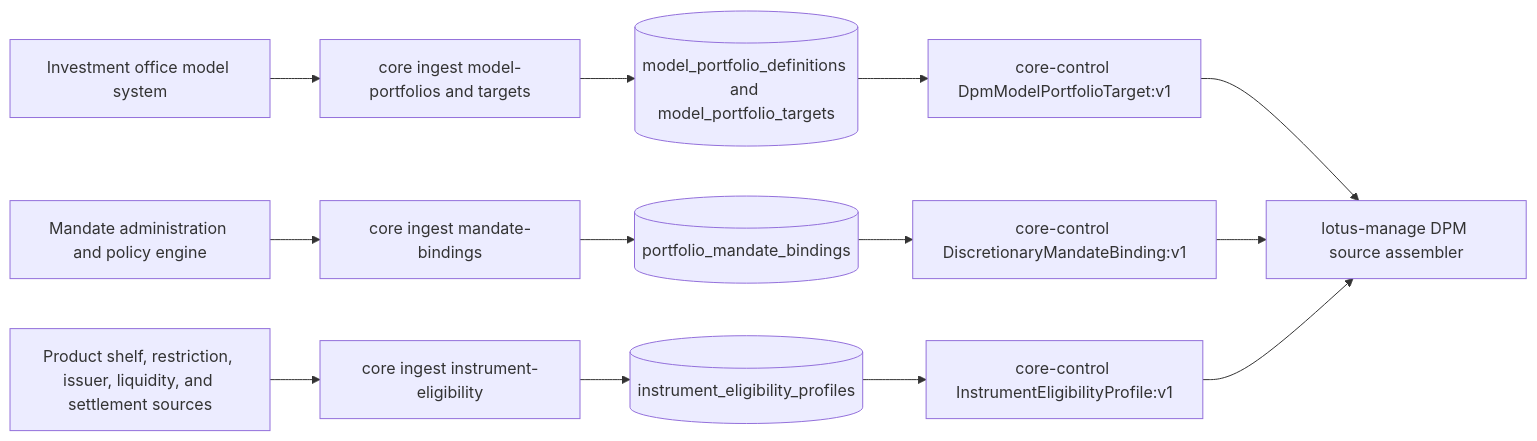
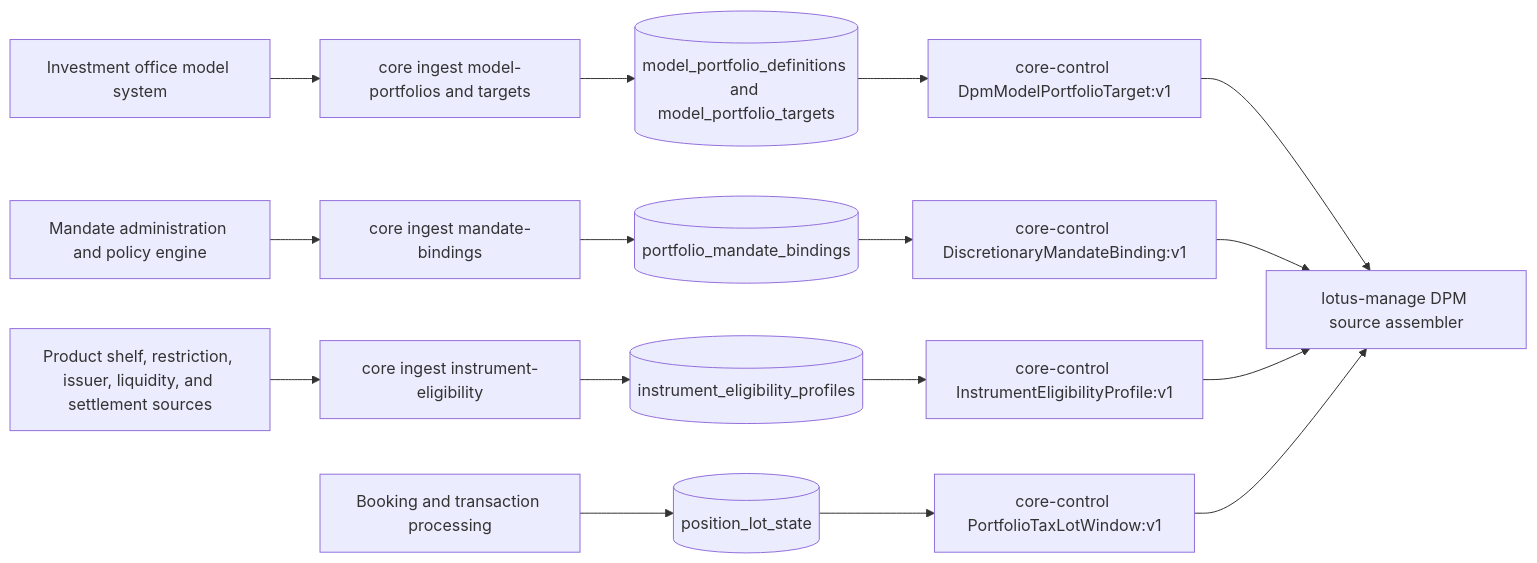
One commit to sgajbi/lotus-core changed the diagram in wiki/Mesh-Data-Products.md. Above: the diagram before and after it, drawn with Mermaid. The commit also changed other lines of this file and 20 other files, not shown here.

Commit message:
feat: add DPM portfolio tax lot source product

````diff
--- a/wiki/Mesh-Data-Products.md
+++ b/wiki/Mesh-Data-Products.md
@@ -25,15 +26,18 @@
 ```mermaid
 flowchart LR
     Upstream[Investment office model system] --> Ingest[core ingest model-portfolios and targets]
     Mandate[Mandate administration and policy engine] --> BindIngest[core ingest mandate-bindings]
     Eligibility[Product shelf, restriction, issuer, liquidity, and settlement sources] --> EligibilityIngest[core ingest instrument-eligibility]
+    Booking[Booking and transaction processing] --> LotState[(position_lot_state)]
     Ingest --> Store[(model_portfolio_definitions and model_portfolio_targets)]
     BindIngest --> BindingStore[(portfolio_mandate_bindings)]
     EligibilityIngest --> EligibilityStore[(instrument_eligibility_profiles)]
     Store --> API[core-control DpmModelPortfolioTarget:v1]
     BindingStore --> BindingAPI[core-control DiscretionaryMandateBinding:v1]
     EligibilityStore --> EligibilityAPI[core-control InstrumentEligibilityProfile:v1]
+    LotState --> TaxLotAPI[core-control PortfolioTaxLotWindow:v1]
     API --> Manage[lotus-manage DPM source assembler]
     BindingAPI --> Manage
     EligibilityAPI --> Manage
+    TaxLotAPI --> Manage
 ```
````
